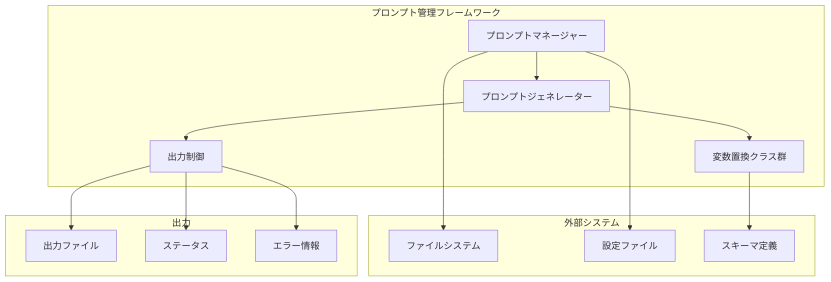
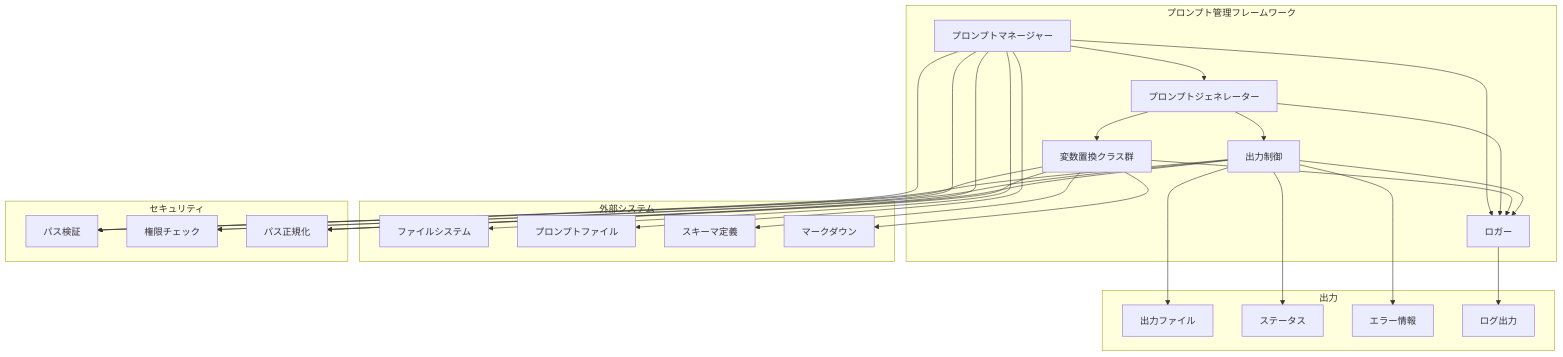
The diagram in docs/uml/component.md (tettuan/breakdownprompt), drawn with Mermaid before and after one commit. The commit also changed 4 other files, not shown here.

First line of the commit message:
docs: update system documentation and UML diagrams

````diff
--- a/docs/uml/component.md
+++ b/docs/uml/component.md
@@ -1,31 +1,56 @@
 ```mermaid
 graph TB
     subgraph "プロンプト管理フレームワーク"
         PM[プロンプトマネージャー]
         PG[プロンプトジェネレーター]
         VR[変数置換クラス群]
         OC[出力制御]
+        LG[ロガー]
     end
 
     subgraph "外部システム"
         FS[ファイルシステム]
-        CF[設定ファイル]
+        PF[プロンプトファイル]
         SC[スキーマ定義]
+        MD[マークダウン]
     end
 
     subgraph "出力"
         OP[出力ファイル]
         ST[ステータス]
         ER[エラー情報]
+        LOG[ログ出力]
+    end
+
+    subgraph "セキュリティ"
+        PA[パス検証]
+        PC[権限チェック]
+        PS[パス正規化]
     end
 
     PM --> PG
     PG --> VR
     PG --> OC
     PM --> FS
-    PM --> CF
+    PM --> PF
     VR --> SC
+    VR --> MD
     OC --> OP
     OC --> ST
     OC --> ER
+    
+    PM --> LG
+    PG --> LG
+    VR --> LG
+    OC --> LG
+    LG --> LOG
+    
+    PM --> PA
+    PM --> PC
+    PM --> PS
+    OC --> PA
+    OC --> PC
+    OC --> PS
+    VR --> PA
+    VR --> PS
 ```
````
